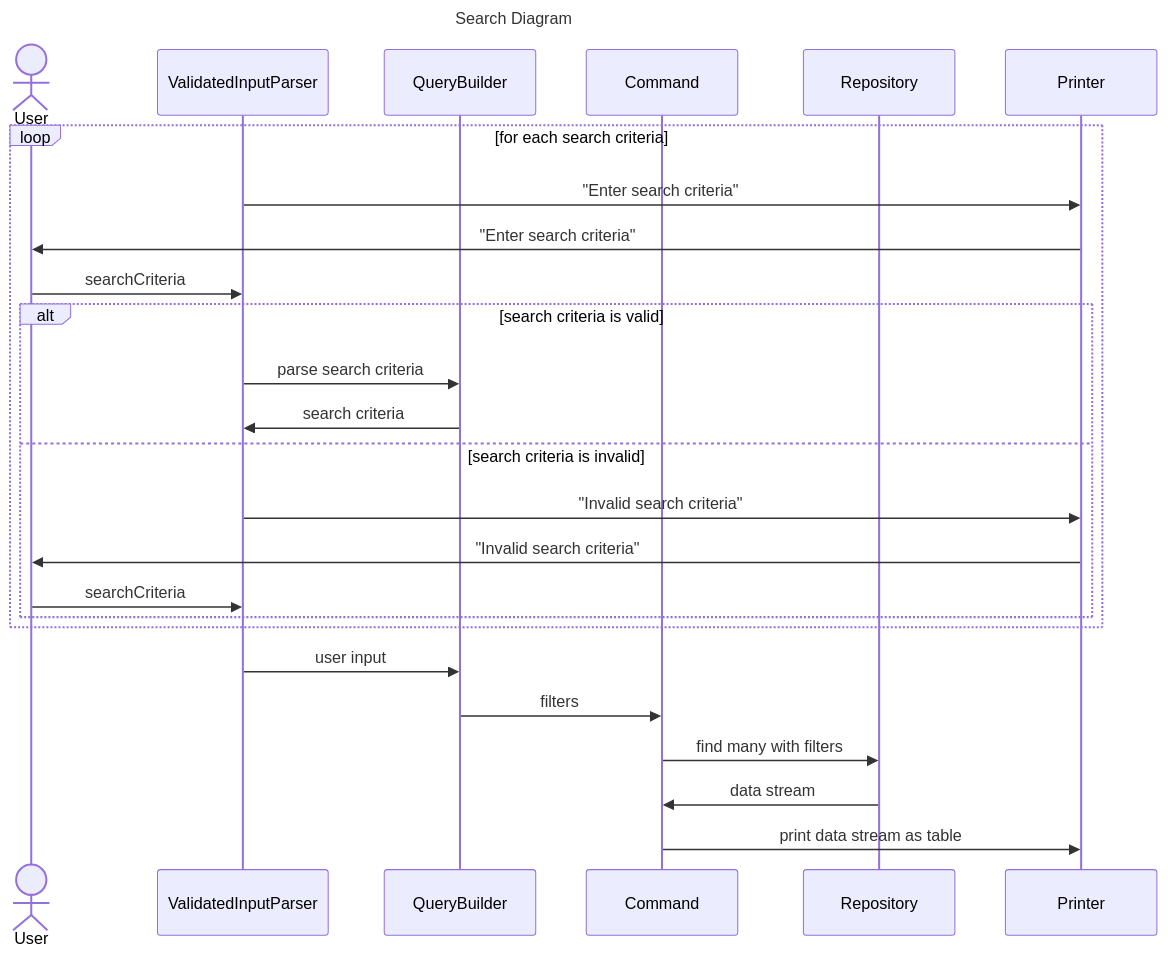
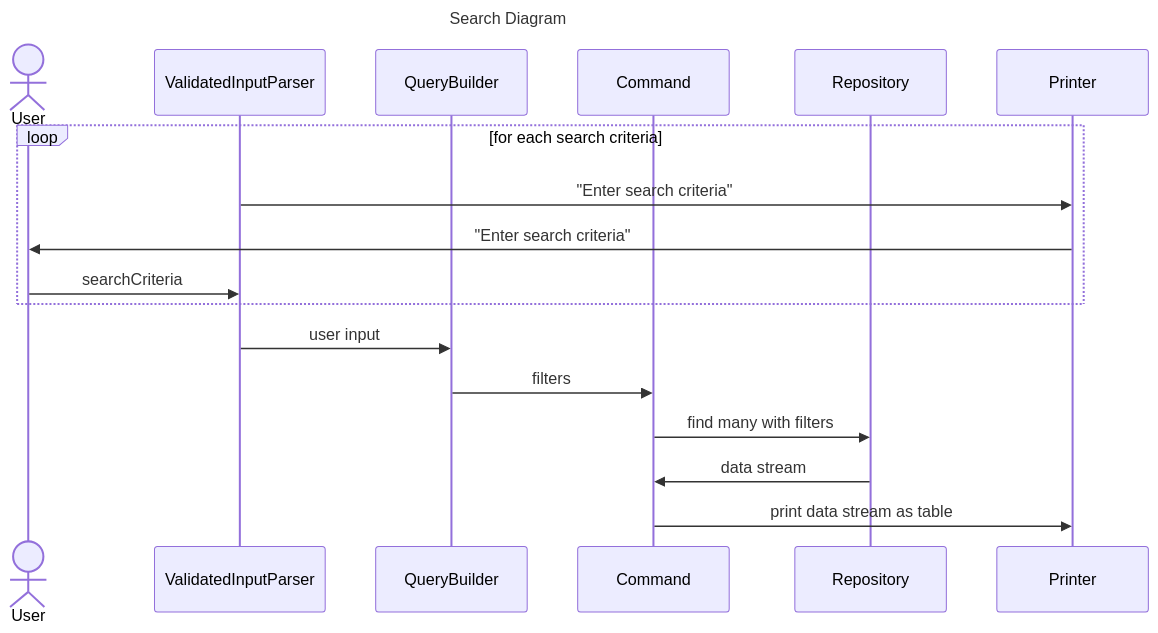
The diagram in design/findSequenceDiagram.mermaid (TeddyPutus/warehouseManagementSystem), drawn with Mermaid before and after one commit. The commit also changed 2 other files, not shown here.

Commit message:
stock order sequence

```diff
--- a/design/findSequenceDiagram.mermaid
+++ b/design/findSequenceDiagram.mermaid
@@ -1,32 +1,23 @@
 ---
 title: Search Diagram
 ---
 
 sequenceDiagram
     actor u as User
     participant i as ValidatedInputParser
     participant q as QueryBuilder
     participant c as Command
     participant r as Repository
     participant p as Printer
 
     loop for each search criteria
         i->>p: "Enter search criteria"
         p->>u: "Enter search criteria"
         u->>i: searchCriteria
-
-        alt search criteria is valid
-            i->>q: parse search criteria
-            q->>i: search criteria
-        else search criteria is invalid
-            i->>p: "Invalid search criteria"
-            p->>u: "Invalid search criteria"
-            u->>i: searchCriteria
-        end
     end
 
     i->>q: user input
     q->>c: filters
     c->>r: find many with filters
     r->>c: data stream
     c->>p: print data stream as table
```
